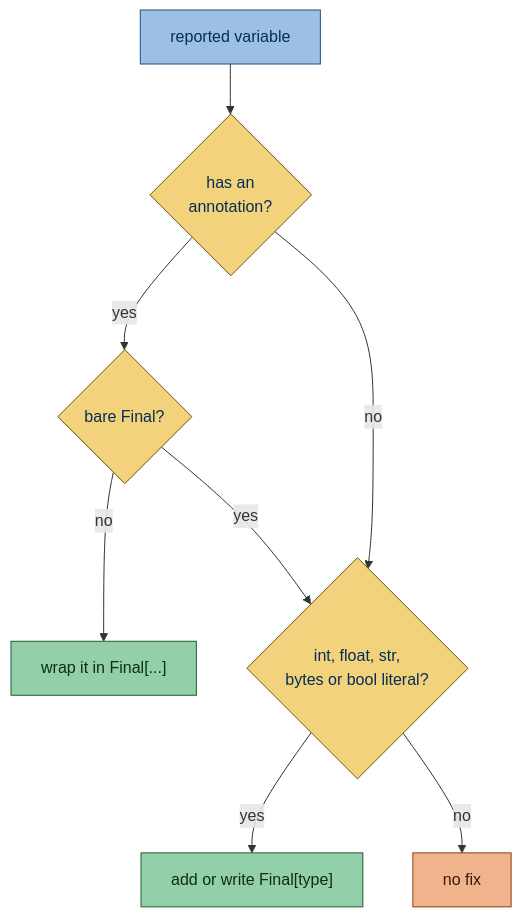
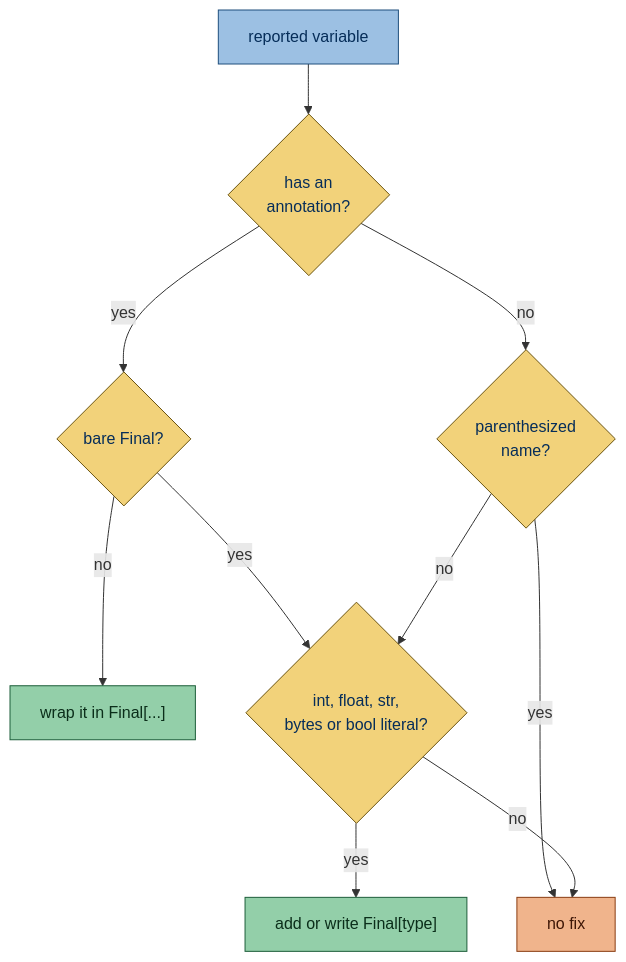
Before and after one commit to gaborbernat/simplint: the diagram in src/rules/typing/missing_final.md, drawn with Mermaid. The commit also changed other lines of this file and 41 other files, not shown here.

````diff
--- a/src/rules/typing/missing_final.md
+++ b/src/rules/typing/missing_final.md
@@ -384,19 +414,21 @@
 ```mermaid
 flowchart TD
     variable["reported variable"] --> annotated{"has an<br/>annotation?"}
     annotated -->|yes| bare{"bare Final?"}
     bare -->|no| wrap["wrap it in Final[...]"]
     bare -->|yes| literal
-    annotated -->|no| literal{"int, float, str,<br/>bytes or bool literal?"}
+    annotated -->|no| parenthesized{"parenthesized<br/>name?"}
+    parenthesized -->|yes| none
+    parenthesized -->|no| literal{"int, float, str,<br/>bytes or bool literal?"}
     literal -->|yes| typed["add or write Final[type]"]
     literal -->|no| none["no fix"]
     classDef blue fill:#9cc0e3,stroke:#1f4f7d,color:#062d59
     classDef yellow fill:#f2d27a,stroke:#6b5410,color:#062d59
     classDef green fill:#93cfa9,stroke:#1d5e3a,color:#0b2e1a
     classDef teal fill:#8ccbc3,stroke:#145c55,color:#072b28
     classDef orange fill:#f0b48c,stroke:#8a3d12,color:#3d1606
     class variable blue
-    class annotated,bare,literal yellow
+    class annotated,bare,literal,parenthesized yellow
     class wrap,typed green
     class none orange
 ```
````
